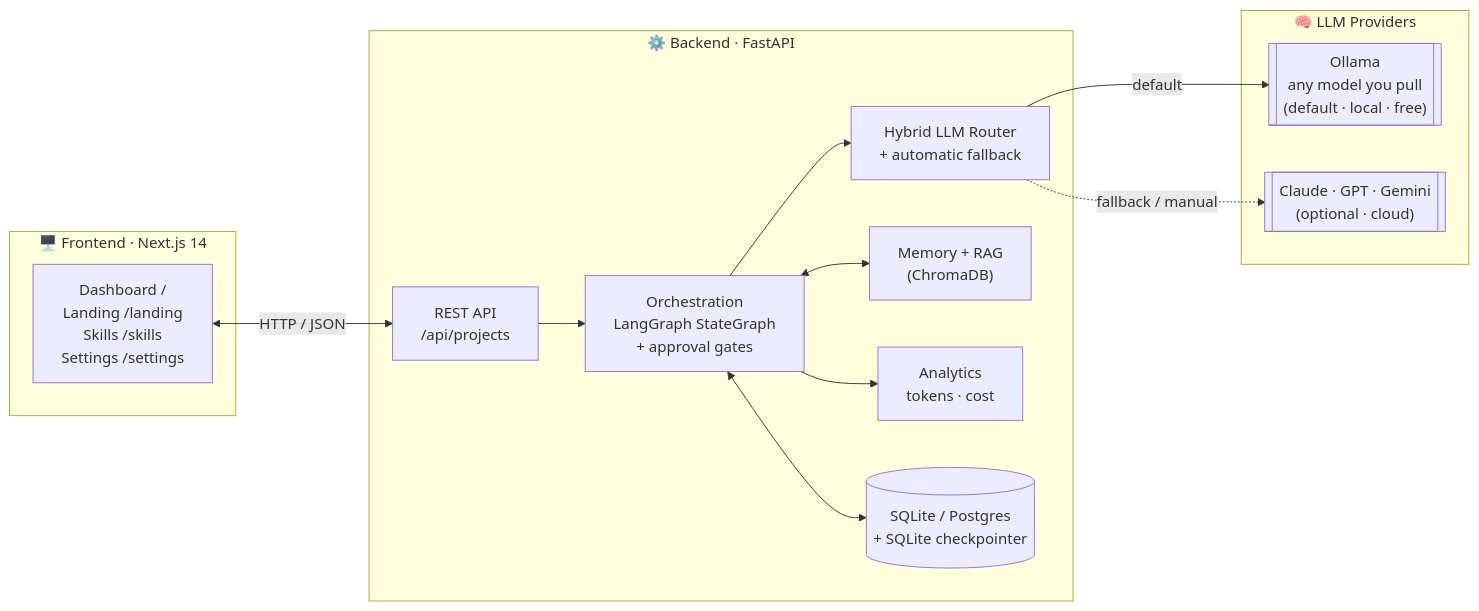
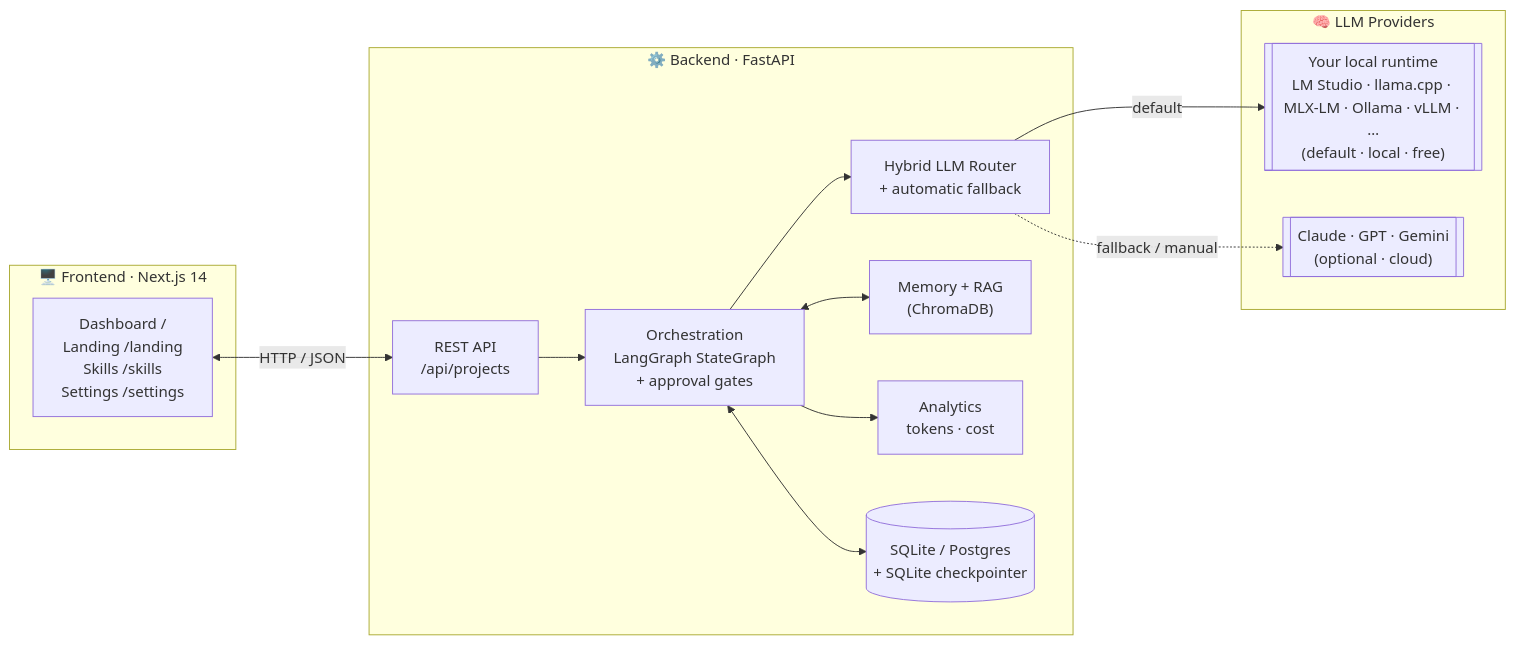
The first of 3 diagrams in README.md (Sravan466/ai-software-engineering-team), drawn with Mermaid before and after one commit. The commit also changed other lines of this file and 32 other files, not shown here.

````diff
--- a/README.md
+++ b/README.md
@@ -17,29 +18,29 @@
 ```mermaid
 flowchart LR
     subgraph Client["🖥️  Frontend · Next.js 14"]
         UI["Dashboard /<br/>Landing /landing<br/>Skills /skills<br/>Settings /settings"]
     end
 
     subgraph API["⚙️  Backend · FastAPI"]
         REST["REST API<br/>/api/projects"]
         ORCH["Orchestration<br/>LangGraph StateGraph<br/>+ approval gates"]
         ROUTER["Hybrid LLM Router<br/>+ automatic fallback"]
         MEM["Memory + RAG<br/>(ChromaDB)"]
         ANALYTICS["Analytics<br/>tokens · cost"]
         DB[("SQLite / Postgres<br/>+ SQLite checkpointer")]
     end
 
     subgraph Models["🧠  LLM Providers"]
-        OLLAMA[["Ollama<br/>any model you pull<br/>(default · local · free)"]]
+        OLLAMA[["Your local runtime<br/>LM Studio · llama.cpp · MLX-LM · Ollama · vLLM · …<br/>(default · local · free)"]]
         CLOUD[["Claude · GPT · Gemini<br/>(optional · cloud)"]]
     end
 
     UI <-->|HTTP / JSON| REST
     REST --> ORCH
     ORCH --> ROUTER
     ORCH <--> MEM
     ORCH --> ANALYTICS
     ORCH <--> DB
     ROUTER -->|default| OLLAMA
     ROUTER -.->|fallback / manual| CLOUD
 ```
````
